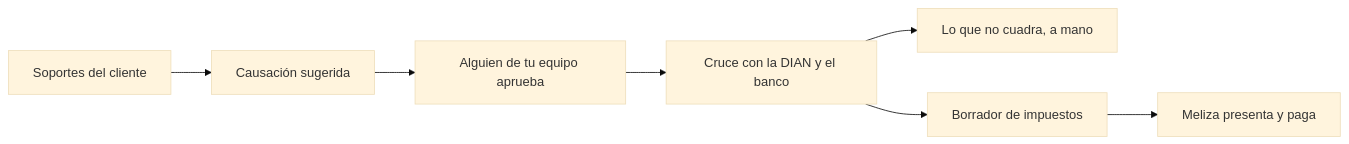
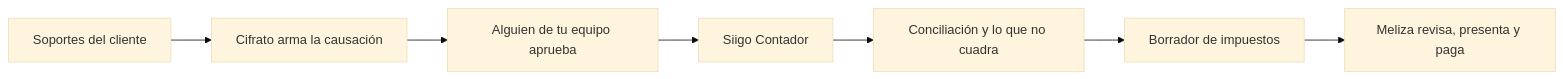
Before and after one commit to Webby-COL/meliza-cierre-mensual: the second of 2 diagrams in para_meliza.md, drawn with Mermaid (base theme). The commit also changed other lines of this file and 2 other files, not shown here.

Commit message:
Consultoría por dolores con Siigo en fase 1; quitar capturas de Odoo

````diff
--- a/para_meliza.md
+++ b/para_meliza.md
@@ -37,9 +46,9 @@
 ```mermaid
 flowchart LR
-    A["Soportes del cliente"] --> B["Causación sugerida"]
+    A["Soportes del cliente"] --> B["Cifrato arma la causación"]
     B --> C["Alguien de tu equipo aprueba"]
-    C --> D["Cruce con la DIAN y el banco"]
-    D --> E["Lo que no cuadra, a mano"]
-    D --> F["Borrador de impuestos"]
-    F --> G["Meliza presenta y paga"]
+    C --> D["Siigo Contador"]
+    D --> E["Conciliación y lo que no cuadra"]
+    E --> F["Borrador de impuestos"]
+    F --> G["Meliza revisa, presenta y paga"]
 ```
````
